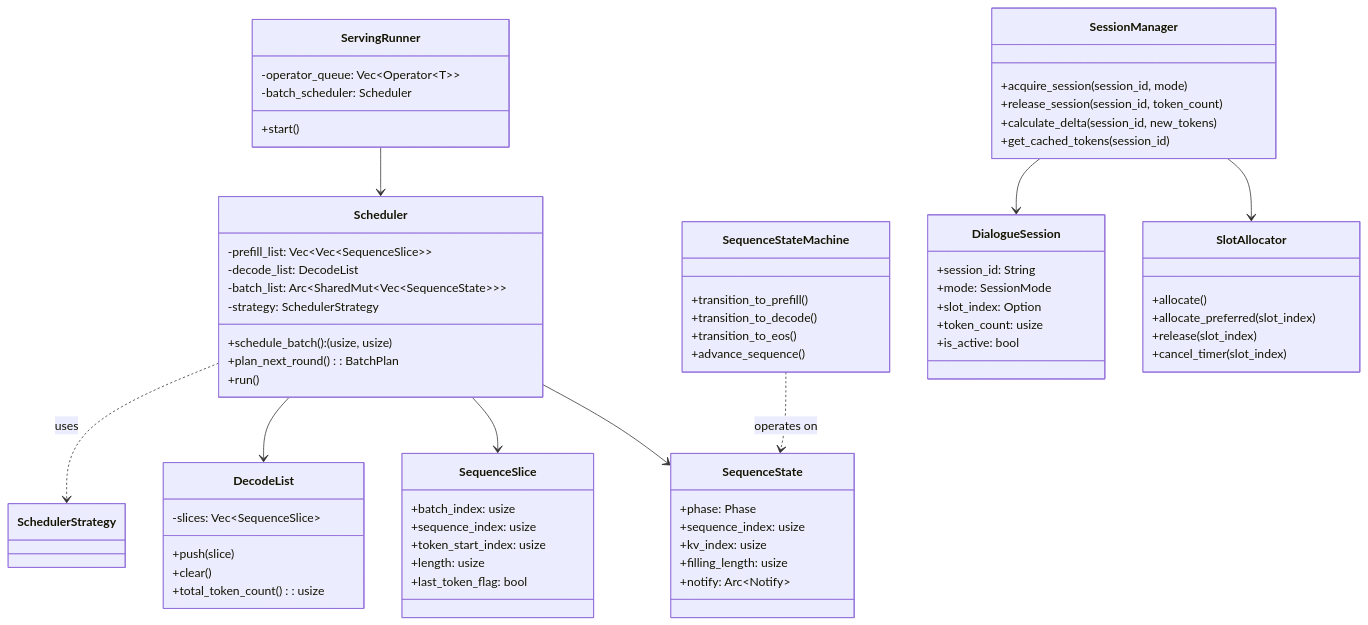
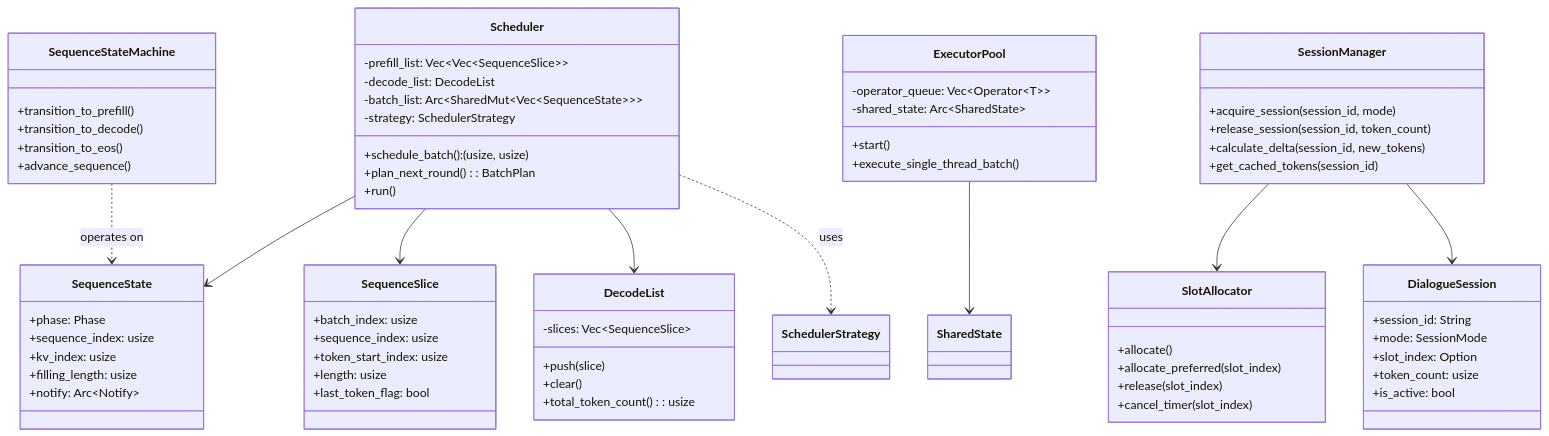
The second of 4 diagrams in docs/design/runtime/overview.md (lucienhuangfu/eLLM), drawn with Mermaid before and after one commit. The commit also changed other lines of this file and 28 other files, not shown here.

First line of the commit message:
Introduce ExecutorPool and plan-based scheduling

````diff
--- a/docs/design/runtime/overview.md
+++ b/docs/design/runtime/overview.md
@@ -71,79 +71,80 @@
 ```mermaid
 classDiagram
     class Scheduler {
         -prefill_list: Vec~Vec~SequenceSlice~~
         -decode_list: DecodeList
         -batch_list: Arc~SharedMut~Vec~SequenceState~~~
         -strategy: SchedulerStrategy
         +schedule_batch(): (usize, usize)
         +plan_next_round(): BatchPlan
         +run()
     }
 
-    class ServingRunner {
+    class ExecutorPool {
         -operator_queue: Vec~Operator~T~~
-        -batch_scheduler: Scheduler
+        -shared_state: Arc~SharedState~
         +start()
+        +execute_single_thread_batch()
     }
 
     class SequenceState {
         +phase: Phase
         +sequence_index: usize
         +kv_index: usize
         +filling_length: usize
         +notify: Arc~Notify~
     }
 
     class SequenceSlice {
         +batch_index: usize
         +sequence_index: usize
         +token_start_index: usize
         +length: usize
         +last_token_flag: bool
     }
 
     class DecodeList {
         -slices: Vec~SequenceSlice~
         +push(slice)
         +clear()
         +total_token_count(): usize
     }
 
     class SequenceStateMachine {
         +transition_to_prefill()
         +transition_to_decode()
         +transition_to_eos()
         +advance_sequence()
     }
 
     class SessionManager {
         +acquire_session(session_id, mode)
         +release_session(session_id, token_count)
         +calculate_delta(session_id, new_tokens)
         +get_cached_tokens(session_id)
     }
 
     class SlotAllocator {
         +allocate()
         +allocate_preferred(slot_index)
         +release(slot_index)
         +cancel_timer(slot_index)
     }
 
     class DialogueSession {
         +session_id: String
         +mode: SessionMode
         +slot_index: Option<usize>
         +token_count: usize
         +is_active: bool
     }
 
     Scheduler --> SequenceState
     Scheduler --> SequenceSlice
     Scheduler --> DecodeList
     Scheduler ..> SchedulerStrategy : uses
-    ServingRunner --> Scheduler
+    ExecutorPool --> SharedState
     SequenceStateMachine ..> SequenceState : operates on
     SessionManager --> SlotAllocator
     SessionManager --> DialogueSession
 ```
````
